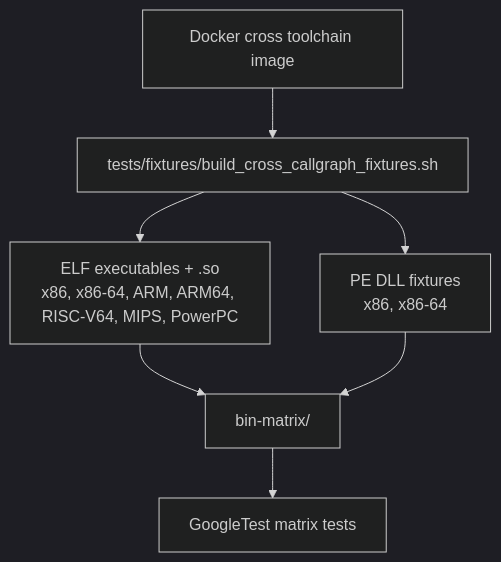
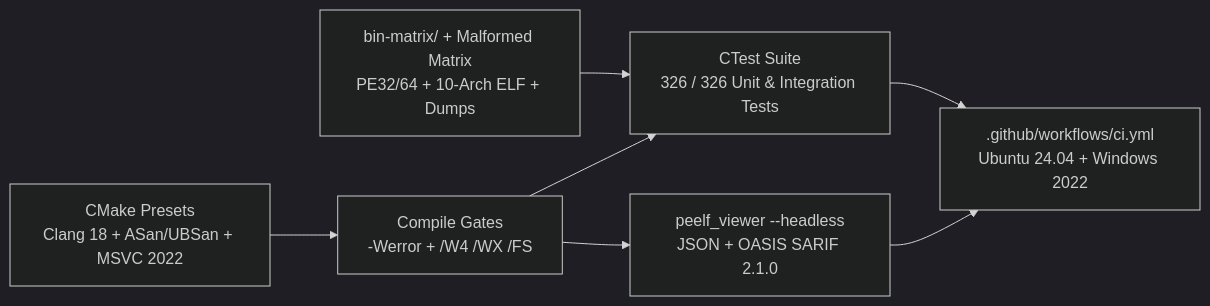
One commit to wsollers/exe_viewer changed the seventh of 7 diagrams in docs/ARCHITECTURE.md. Above: the diagram before and after it, drawn with Mermaid (dark theme). The commit also changed other lines of this file and 4 other files, not shown here.

Commit message:
Reconcile architecture/README docs, publish C++23 & next-gen roadmap design, and add user guide

````diff
--- a/docs/ARCHITECTURE.md
+++ b/docs/ARCHITECTURE.md
@@ -242,14 +196,16 @@
 ```mermaid
-flowchart TD
-    docker["Docker cross toolchain image"]
-    generator["tests/fixtures/build_cross_callgraph_fixtures.sh"]
-    matrix["bin-matrix/"]
-    tests["GoogleTest matrix tests"]
+flowchart LR
+    matrix["bin-matrix/ + Malformed Matrix<br/>PE32/64 + 10-Arch ELF + Dumps"]
+    presets["CMake Presets<br/>Clang 18 + ASan/UBSan + MSVC 2022"]
+    gates["Compile Gates<br/>-Werror + /W4 /WX /FS"]
+    ctest["CTest Suite<br/>326 / 326 Unit & Integration Tests"]
+    headless["peelf_viewer --headless<br/>JSON + OASIS SARIF 2.1.0"]
+    gha[".github/workflows/ci.yml<br/>Ubuntu 24.04 + Windows 2022"]
 
-    docker --> generator
-    generator --> elf["ELF executables + .so<br/>x86, x86-64, ARM, ARM64, RISC-V64, MIPS, PowerPC"]
-    generator --> pe["PE DLL fixtures<br/>x86, x86-64"]
-    elf --> matrix
-    pe --> matrix
-    matrix --> tests
+    matrix --> ctest
+    presets --> gates
+    gates --> ctest
+    gates --> headless
+    ctest --> gha
+    headless --> gha
 ```
````
